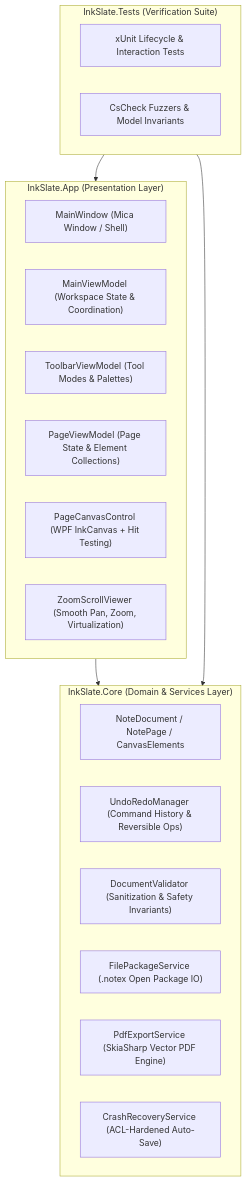
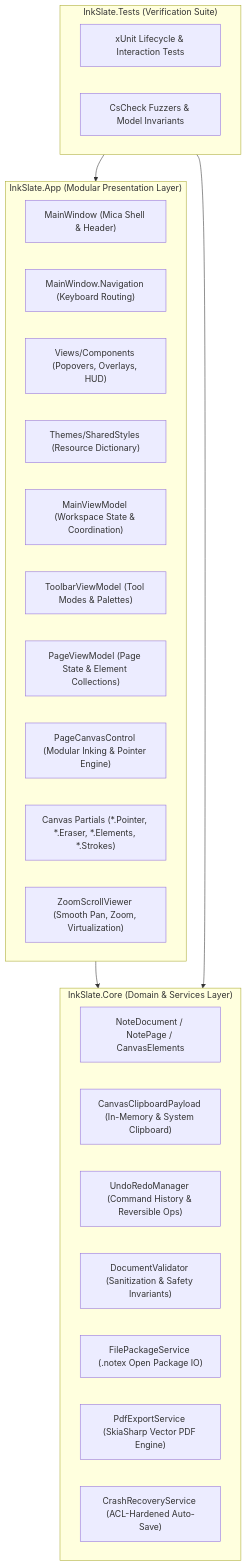
One commit to SaveVic/ink-slate changed the first of 3 diagrams in docs/architecture.md. Above: the diagram before and after it, drawn with Mermaid. The commit also changed other lines of this file and 43 other files, not shown here.

Commit message:
feat: modularize views, enhance pointer tool, and support cursor-positioned copy-paste and image resizing

````diff
--- a/docs/architecture.md
+++ b/docs/architecture.md
@@ -11,29 +11,34 @@
 ```mermaid
 graph TD
-    subgraph UI ["InkSlate.App (Presentation Layer)"]
-        MainWindow["MainWindow (Mica Window / Shell)"]
+    subgraph UI ["InkSlate.App (Modular Presentation Layer)"]
+        MainWindow["MainWindow (Mica Shell & Header)"]
+        NavPartial["MainWindow.Navigation (Keyboard Routing)"]
+        Components["Views/Components (Popovers, Overlays, HUD)"]
+        SharedStyles["Themes/SharedStyles (Resource Dictionary)"]
         MainVM["MainViewModel (Workspace State & Coordination)"]
         ToolbarVM["ToolbarViewModel (Tool Modes & Palettes)"]
         PageVM["PageViewModel (Page State & Element Collections)"]
-        CanvasControl["PageCanvasControl (WPF InkCanvas + Hit Testing)"]
+        CanvasControl["PageCanvasControl (Modular Inking & Pointer Engine)"]
+        CanvasPartials["Canvas Partials (*.Pointer, *.Eraser, *.Elements, *.Strokes)"]
         ZoomViewer["ZoomScrollViewer (Smooth Pan, Zoom, Virtualization)"]
     end
 
     subgraph Core ["InkSlate.Core (Domain & Services Layer)"]
         DocModel["NoteDocument / NotePage / CanvasElements"]
+        Clipboard["CanvasClipboardPayload (In-Memory & System Clipboard)"]
         UndoRedo["UndoRedoManager (Command History & Reversible Ops)"]
         Validator["DocumentValidator (Sanitization & Safety Invariants)"]
         PackageService["FilePackageService (.notex Open Package IO)"]
         PdfService["PdfExportService (SkiaSharp Vector PDF Engine)"]
         RecoveryService["CrashRecoveryService (ACL-Hardened Auto-Save)"]
     end
 
     subgraph Tests ["InkSlate.Tests (Verification Suite)"]
         UnitTests["xUnit Lifecycle & Interaction Tests"]
         PropertyTests["CsCheck Fuzzers & Model Invariants"]
     end
 
     UI --> Core
     Tests --> UI
     Tests --> Core
 ```
````
